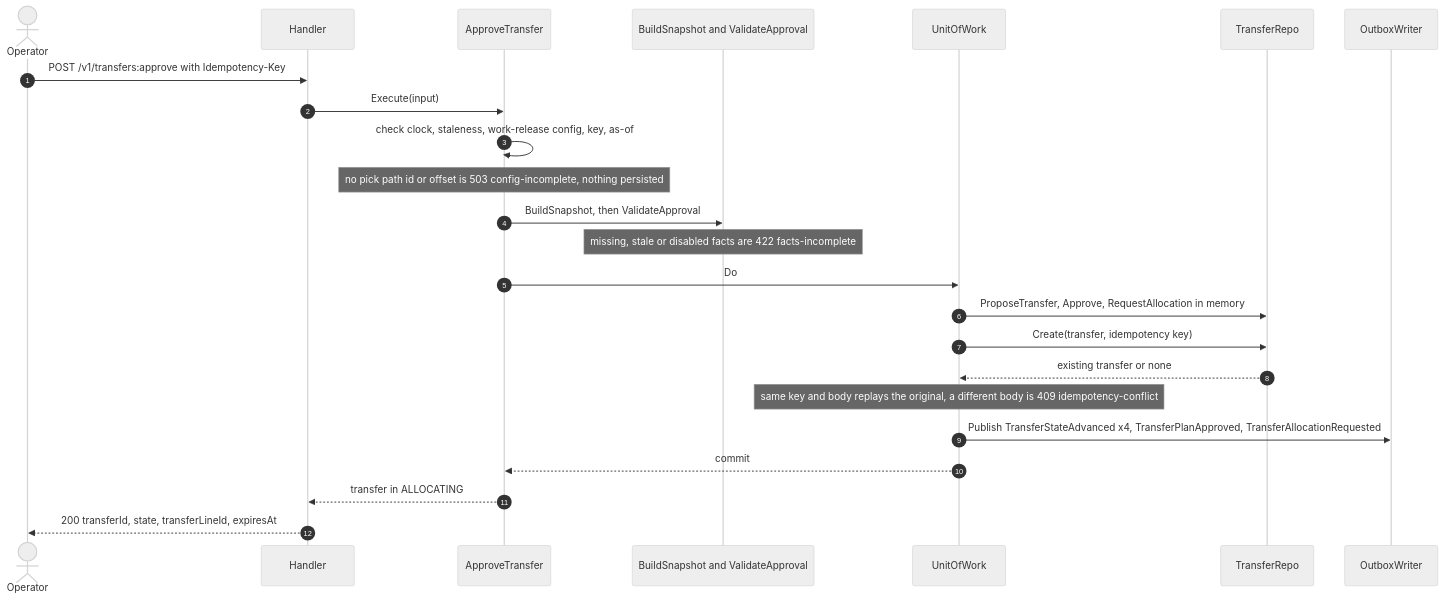
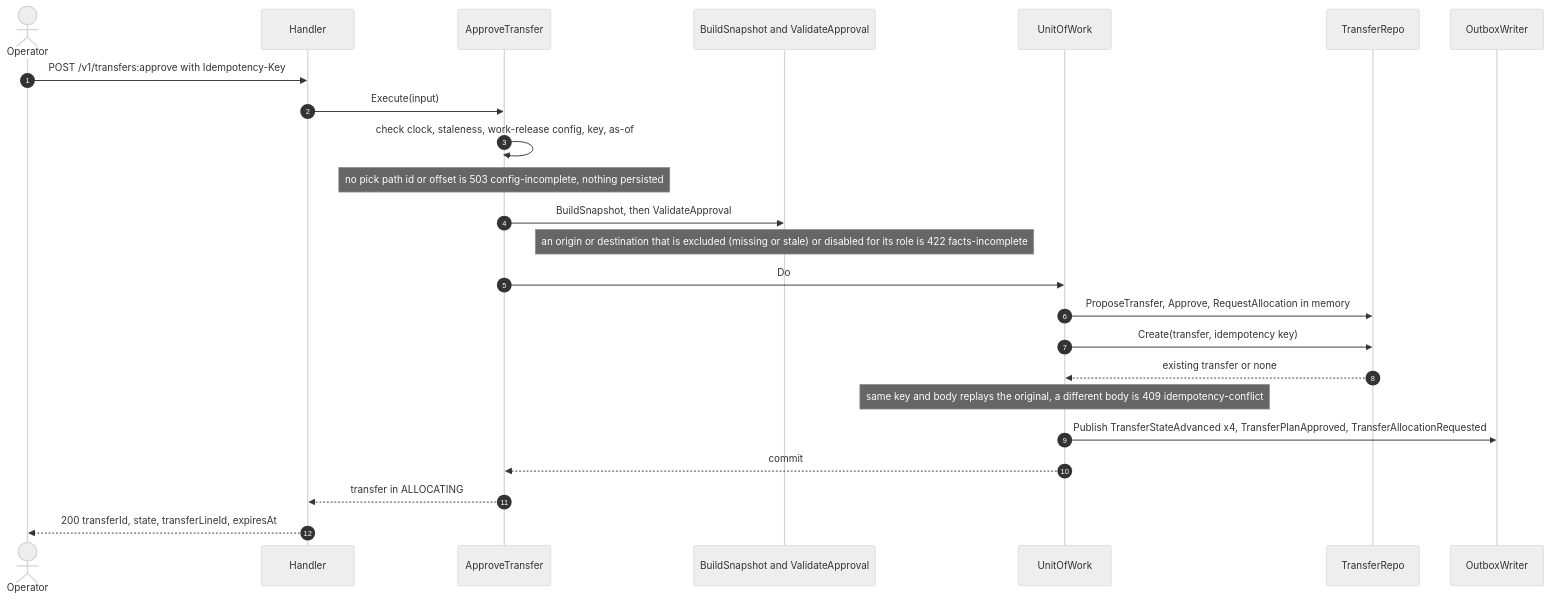
Before and after one commit to IQVO/warehouse-docs: the third of 8 diagrams in docs/contexts/network-inventory-planning/sequence-diagrams.md, drawn with Mermaid (neutral theme). The commit also changed other lines of this file and 237 other files, not shown here.

````diff
--- a/docs/contexts/network-inventory-planning/sequence-diagrams.md
+++ b/docs/contexts/network-inventory-planning/sequence-diagrams.md
@@ -74,26 +74,26 @@
 ```mermaid
 sequenceDiagram
   autonumber
   actor Op as Operator
   participant H as Handler
   participant A as ApproveTransfer
   participant D as BuildSnapshot and ValidateApproval
   participant U as UnitOfWork
   participant T as TransferRepo
   participant O as OutboxWriter
   Op->>H: POST /v1/transfers:approve with Idempotency-Key
   H->>A: Execute(input)
   A->>A: check clock, staleness, work-release config, key, as-of
   Note over A: no pick path id or offset is 503 config-incomplete, nothing persisted
   A->>D: BuildSnapshot, then ValidateApproval
-  Note over D: missing, stale or disabled facts are 422 facts-incomplete
+  Note over D: an origin or destination that is excluded (missing or stale) or disabled for its role is 422 facts-incomplete
   A->>U: Do
   U->>T: ProposeTransfer, Approve, RequestAllocation in memory
   U->>T: Create(transfer, idempotency key)
   T-->>U: existing transfer or none
   Note over U: same key and body replays the original, a different body is 409 idempotency-conflict
   U->>O: Publish TransferStateAdvanced x4, TransferPlanApproved, TransferAllocationRequested
   U-->>A: commit
   A-->>H: transfer in ALLOCATING
   H-->>Op: 200 transferId, state, transferLineId, expiresAt
 ```
````
